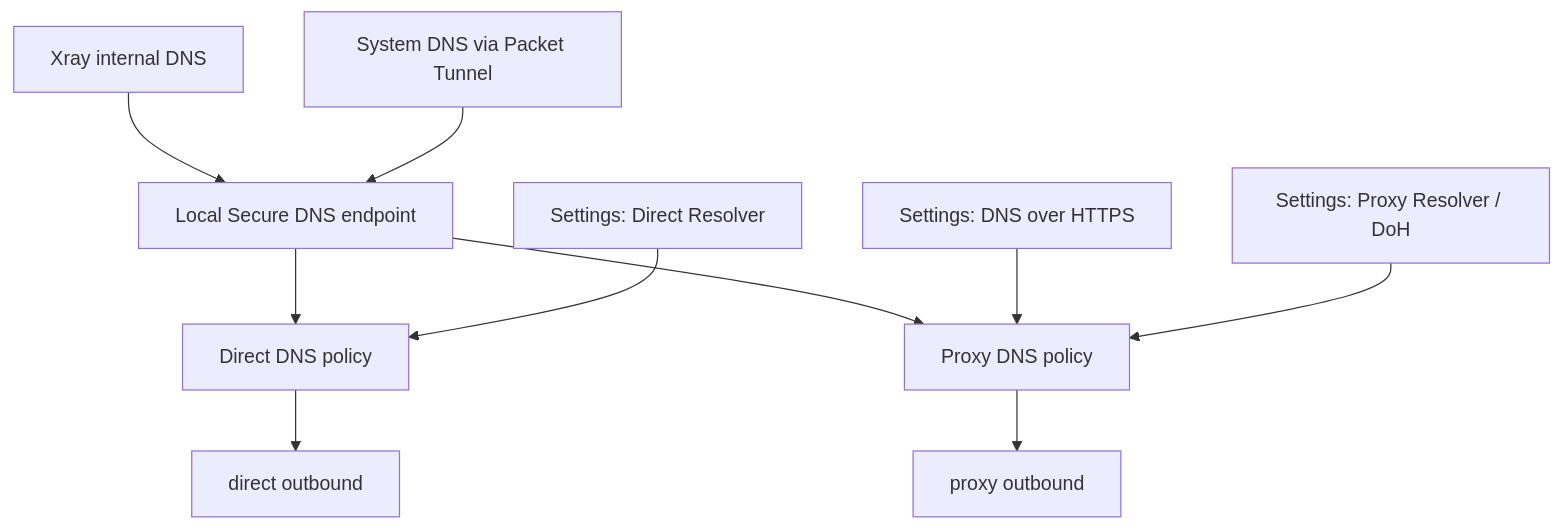
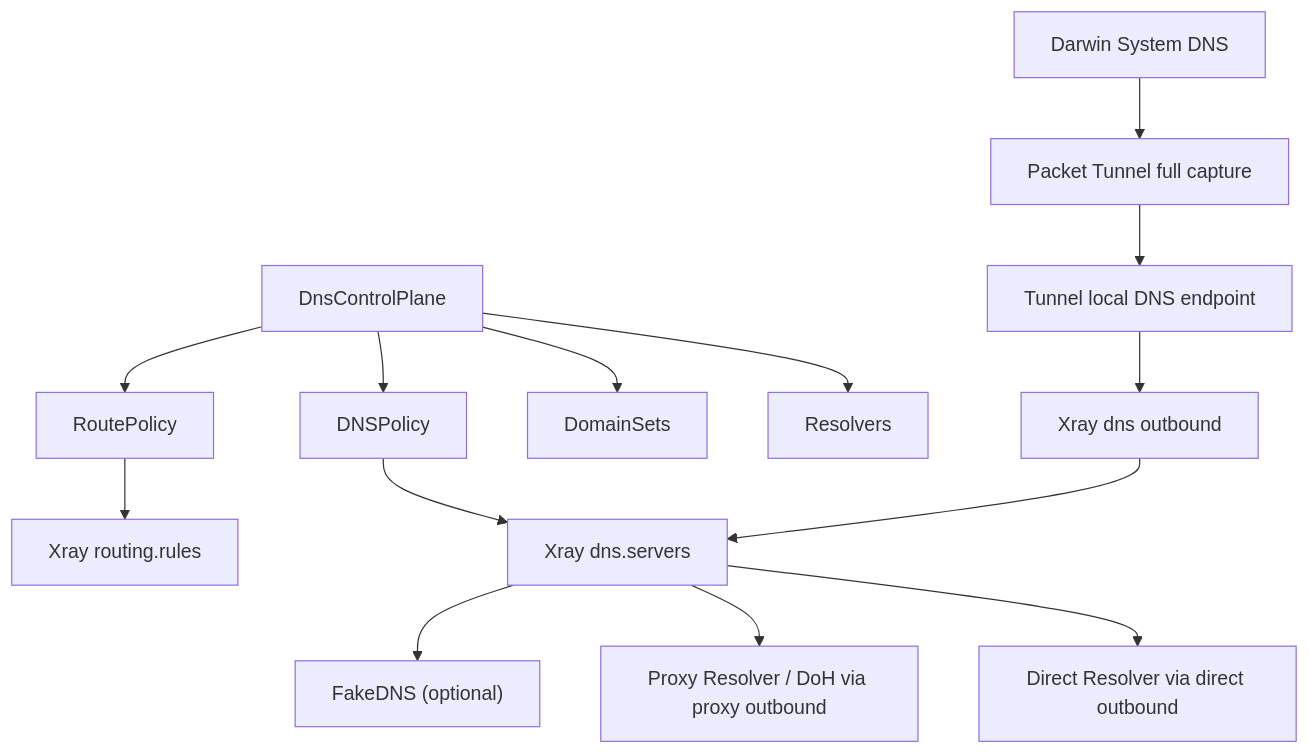
The second of 2 diagrams in docs/dns-secure-tunnel-design.md (cloud-neutral-toolkit/xstream.svc.plus), drawn with Mermaid before and after one commit. The commit also changed other lines of this file and 25 other files, not shown here.

Commit message:
Stabilize DNS control plane rollout

````diff
--- a/docs/dns-secure-tunnel-design.md
+++ b/docs/dns-secure-tunnel-design.md
@@ -129,14 +198,19 @@
 ```mermaid
 flowchart TD
-    A["Settings: Direct Resolver"] --> B["Direct DNS policy"]
-    A2["Settings: Proxy Resolver / DoH"] --> C["Proxy DNS policy"]
-    A3["Settings: DNS over HTTPS"] --> C
+    A["DnsControlPlane"] --> B["Resolvers"]
+    A --> C["DomainSets"]
+    A --> D["DNSPolicy"]
+    A --> E["RoutePolicy"]
 
-    D["System DNS via Packet Tunnel"] --> E["Local Secure DNS endpoint"]
-    F["Xray internal DNS"] --> E
+    D --> F["Xray dns.servers"]
+    E --> G["Xray routing.rules"]
 
-    E --> B
-    E --> C
-    B --> G["direct outbound"]
-    C --> H["proxy outbound"]
+    H["Darwin System DNS"] --> I["Packet Tunnel full capture"]
+    I --> J["Tunnel local DNS endpoint"]
+    J --> K["Xray dns outbound"]
+    K --> F
+
+    F --> L["Direct Resolver via direct outbound"]
+    F --> M["Proxy Resolver / DoH via proxy outbound"]
+    F --> N["FakeDNS (optional)"]
 ```
````
